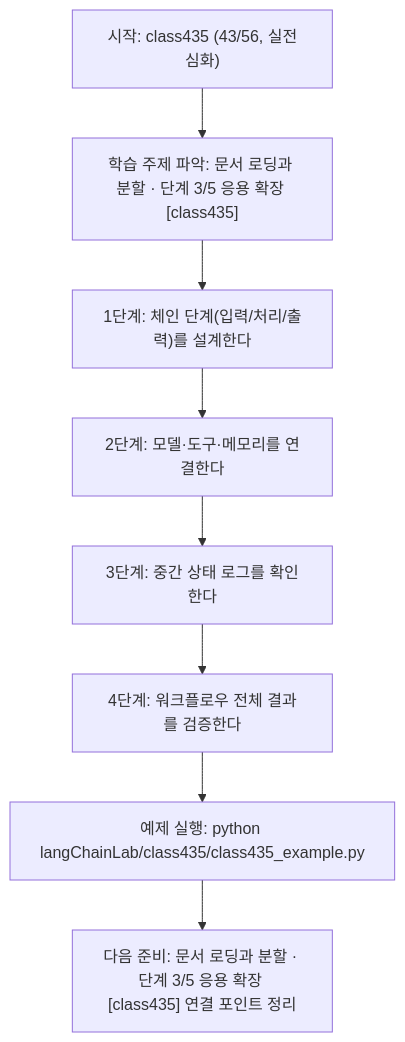
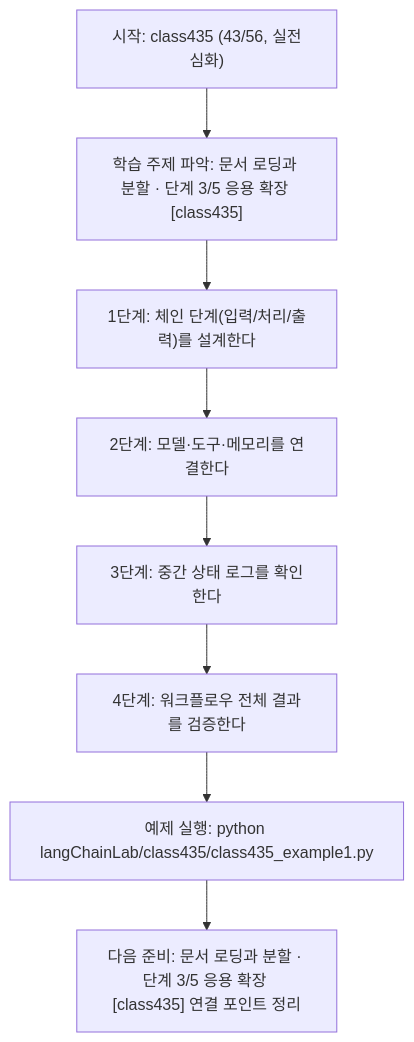
The diagram in langChainLab/class435/class435.md (edumgt/Python-AI_Agent-Class), drawn with Mermaid before and after one commit. The commit also changed other lines of this file and 2959 other files, not shown here.

````diff
--- a/langChainLab/class435/class435.md
+++ b/langChainLab/class435/class435.md
@@ -110,18 +110,18 @@
 ```mermaid
 flowchart TD
 N1["시작: class435 (43/56, 실전심화)"]
 N2["학습 주제 파악: 문서 로딩과 분할 · 단계 3/5 응용 확장 [class435]"]
 N3["1단계: 체인 단계(입력/처리/출력)를 설계한다"]
 N4["2단계: 모델·도구·메모리를 연결한다"]
 N5["3단계: 중간 상태 로그를 확인한다"]
 N6["4단계: 워크플로우 전체 결과를 검증한다"]
-N7["예제 실행: python langChainLab/class435/class435_example.py"]
+N7["예제 실행: python langChainLab/class435/class435_example1.py"]
 N8["다음 준비: 문서 로딩과 분할 · 단계 3/5 응용 확장 [class435] 연결 포인트 정리"]
 N1 --> N2
 N2 --> N3
 N3 --> N4
 N4 --> N5
 N5 --> N6
 N6 --> N7
 N7 --> N8
 ```
````
